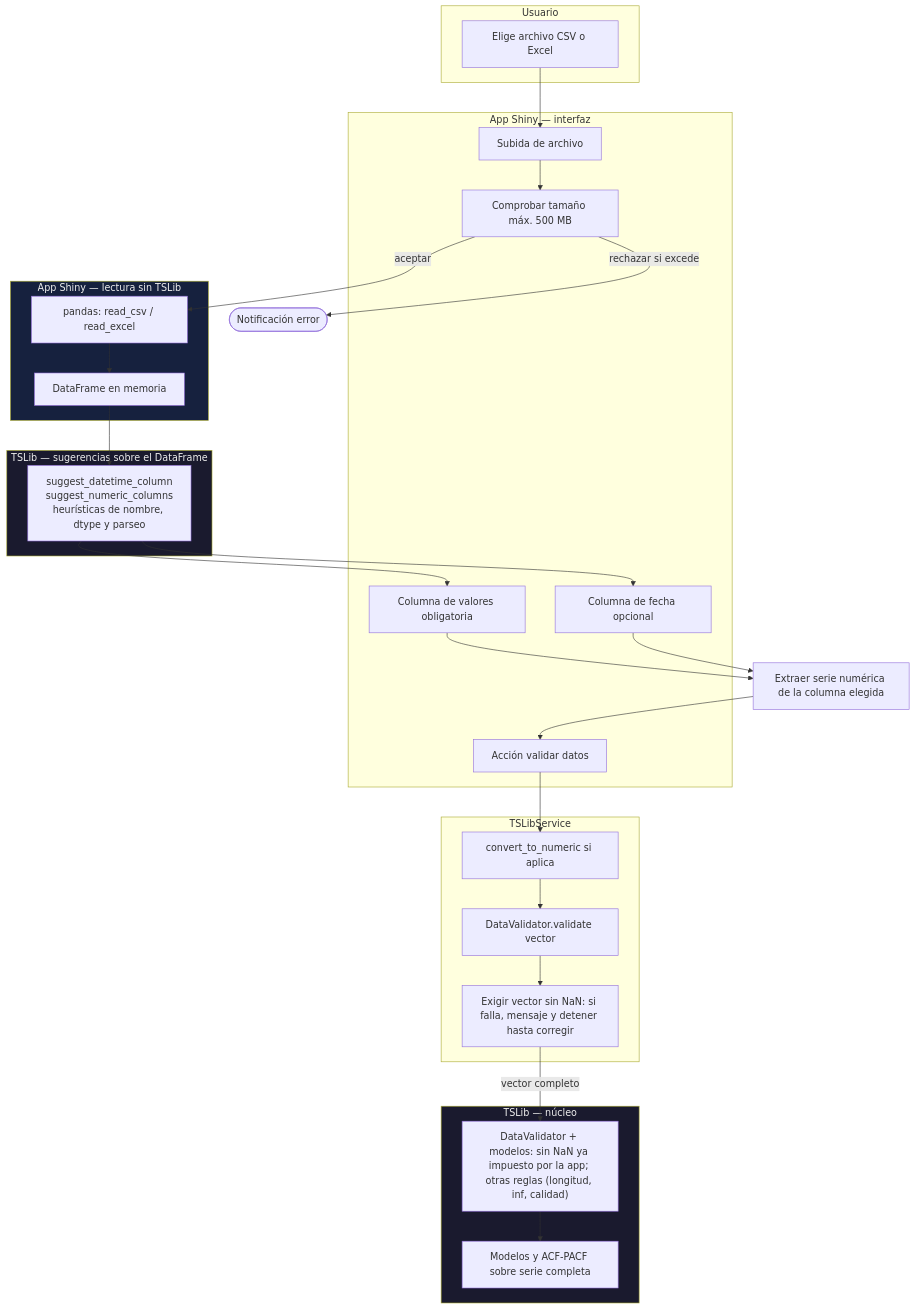
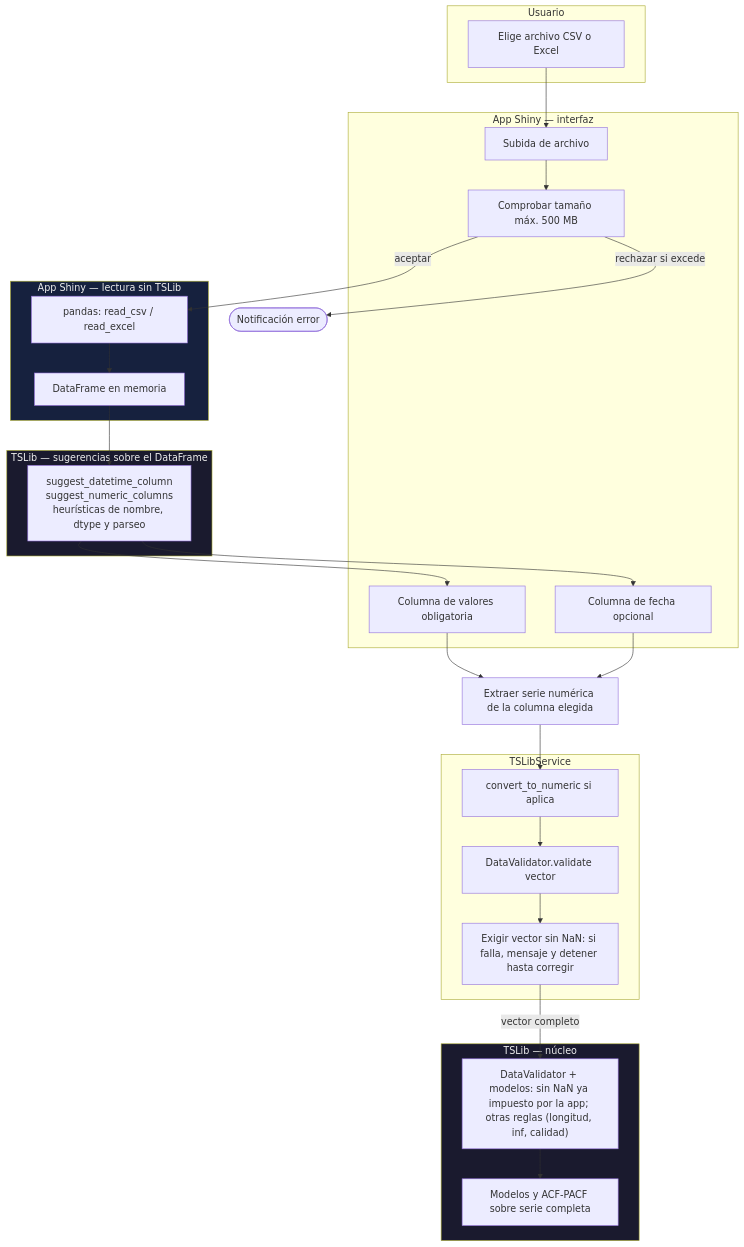
One commit to jesus1612/time-series-project changed the first of 2 diagrams in diagrams/01-ingesta/DOCUMENTACION.md. Above: the diagram before and after it, drawn with Mermaid. The commit also changed other lines of this file and 19 other files, not shown here.

Commit message:
validation process and enhance documentation for data validation and exploratory analysis. Removed redundant validation actions, improved UI flow, and updated documentation to reflect automatic validation upon column selection

````diff
--- a/diagrams/01-ingesta/DOCUMENTACION.md
+++ b/diagrams/01-ingesta/DOCUMENTACION.md
@@ -11,55 +11,53 @@
 ```mermaid
 flowchart TB
   subgraph USUARIO["Usuario"]
     A[Elige archivo CSV o Excel]
   end
 
   subgraph UI["App Shiny — interfaz"]
     B[Subida de archivo]
     LIM["Comprobar tamaño máx. 500 MB"]
     C[Columna de valores obligatoria]
     D[Columna de fecha opcional]
-    E[Acción validar datos]
   end
 
   subgraph LECTURA["App Shiny — lectura sin TSLib"]
     F["pandas: read_csv / read_excel"]
     G["DataFrame en memoria"]
   end
 
   subgraph TSLIB_TAB["TSLib — sugerencias sobre el DataFrame"]
     SUG["suggest_datetime_column\nsuggest_numeric_columns\nheurísticas de nombre, dtype y parseo"]
   end
 
   subgraph SERVICIO["TSLibService"]
     I["convert_to_numeric si aplica"]
     J["DataValidator.validate vector"]
     Z["Exigir vector sin NaN: si falla, mensaje y detener hasta corregir"]
   end
 
   subgraph TSLIB["TSLib — núcleo"]
     L["DataValidator + modelos: sin NaN ya impuesto por la app; otras reglas (longitud, inf, calidad)"]
     M["Modelos y ACF-PACF sobre serie completa"]
   end
 
   A --> B
   B --> LIM
   LIM -->|rechazar si excede| X([Notificación error])
   LIM -->|aceptar| F
   F --> G
   G --> SUG
   SUG --> C
   SUG --> D
   C --> H["Extraer serie numérica de la columna elegida"]
   D --> H
-  H --> E
-  E --> I
+  H --> I
   I --> J
   J --> Z
   Z -->|vector completo| L
   L --> M
 
   style TSLIB fill:#1a1a2e,color:#eee
   style TSLIB_TAB fill:#1a1a2e,color:#eee
   style LECTURA fill:#16213e,color:#eee
 ```
````
